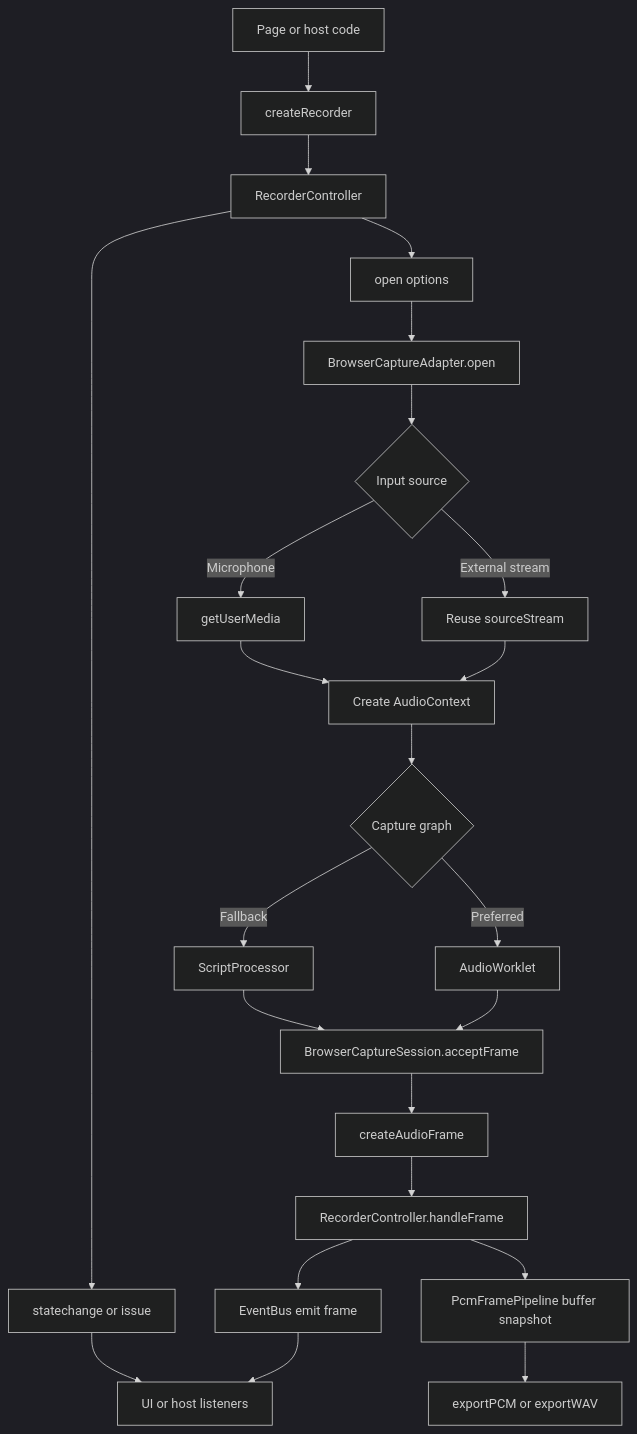
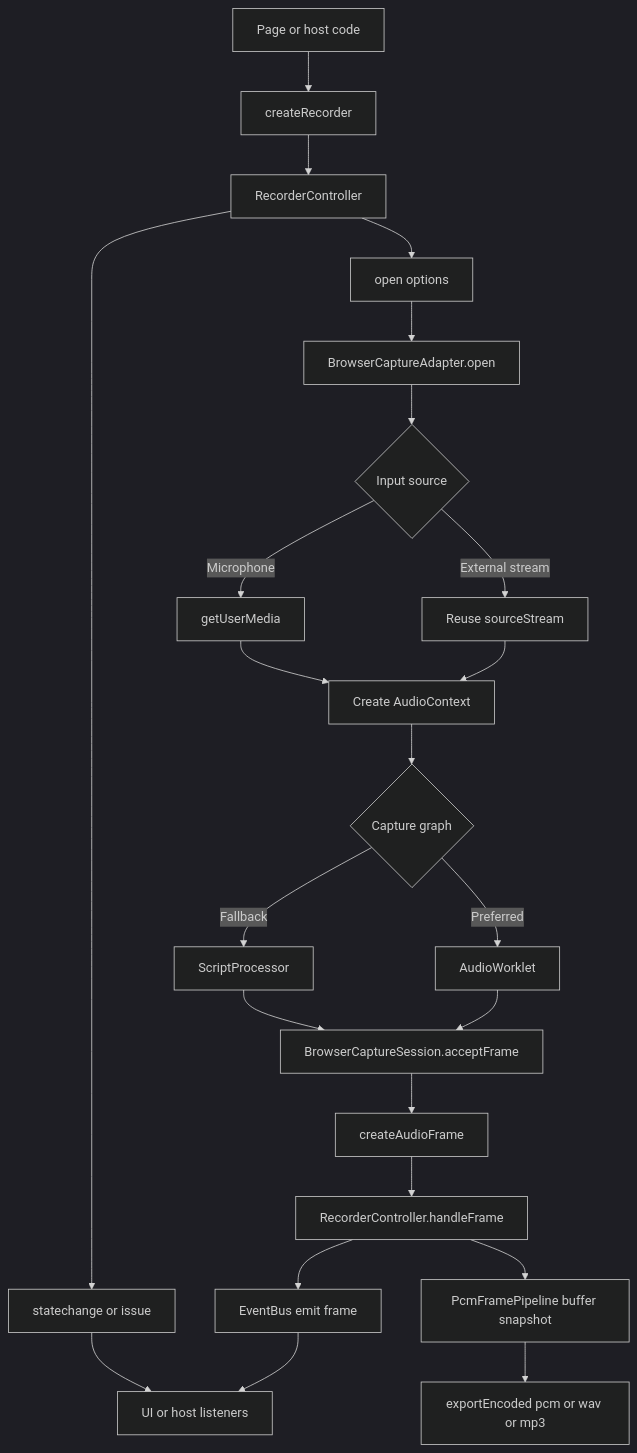
Before and after one commit to CSNight/audio-recorder: the diagram in README.md, drawn with Mermaid (dark theme). The commit also changed other lines of this file and 26 other files, not shown here.

````diff
--- a/README.md
+++ b/README.md
@@ -71,25 +69,25 @@
 ```mermaid
 flowchart TD
   A[Page or host code] --> B[createRecorder]
   B --> C[RecorderController]
   C --> D[open options]
   D --> E[BrowserCaptureAdapter.open]
   E --> F{Input source}
   F -->|External stream| G[Reuse sourceStream]
   F -->|Microphone| H[getUserMedia]
   G --> I[Create AudioContext]
   H --> I
   I --> J{Capture graph}
   J -->|Preferred| K[AudioWorklet]
   J -->|Fallback| L[ScriptProcessor]
   K --> M[BrowserCaptureSession.acceptFrame]
   L --> M
   M --> N[createAudioFrame]
   N --> O[RecorderController.handleFrame]
   O --> P[EventBus emit frame]
   P --> Q[UI or host listeners]
   O --> S[PcmFramePipeline buffer snapshot]
-  S --> T[exportPCM or exportWAV]
+  S --> T[exportEncoded pcm or wav or mp3]
   C --> R[statechange or issue]
   R --> Q
 ```
````
